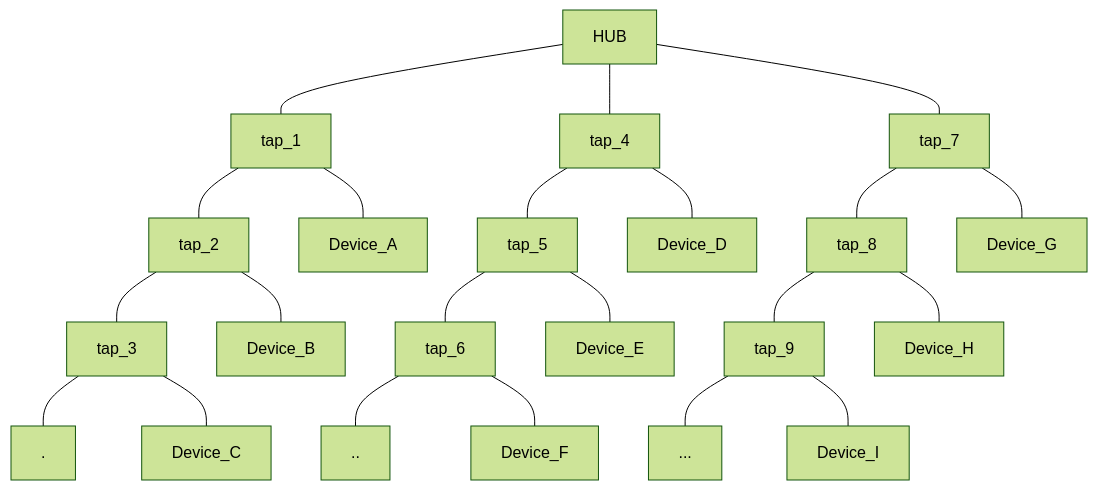
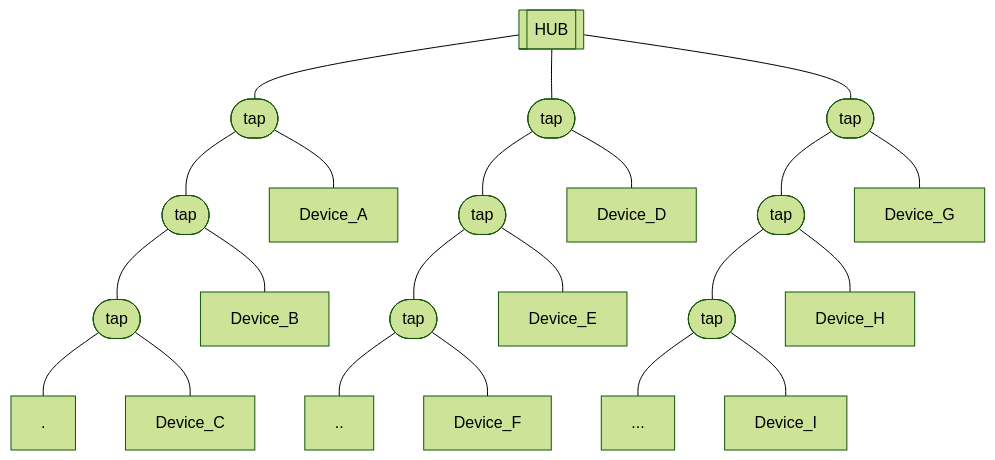
One commit to shafayat1004/My-Knowledge-Base changed the eighth of 8 diagrams in vault/Data Communication.md. Above: the diagram before and after it, drawn with Mermaid (forest theme). The commit also changed other lines of this file and 11 other files, not shown here.

````diff
--- a/vault/Data Communication.md
+++ b/vault/Data Communication.md
@@ -108,24 +102,24 @@
 ```mermaid
 graph TD
-    HUB---tap_1
-    tap_1---tap_2
-    tap_2---tap_3
+    HUB[[HUB]]---tap_1([tap])
+    tap_1---tap_2([tap])
+    tap_2---tap_3([tap])
     tap_3---.
     tap_1---Device_A
     tap_2---Device_B
     tap_3---Device_C
-    HUB---tap_4
-    tap_4---tap_5
-    tap_5---tap_6
+    HUB---tap_4([tap])
+    tap_4---tap_5([tap])
+    tap_5---tap_6([tap])
     tap_6---..
     tap_4---Device_D
     tap_5---Device_E
     tap_6---Device_F
-    HUB---tap_7
-    tap_7---tap_8
-    tap_8---tap_9
+    HUB---tap_7([tap])
+    tap_7---tap_8([tap])
+    tap_8---tap_9([tap])
     tap_9---...
     tap_7---Device_G
     tap_8---Device_H
     tap_9---Device_I
 ```
````
